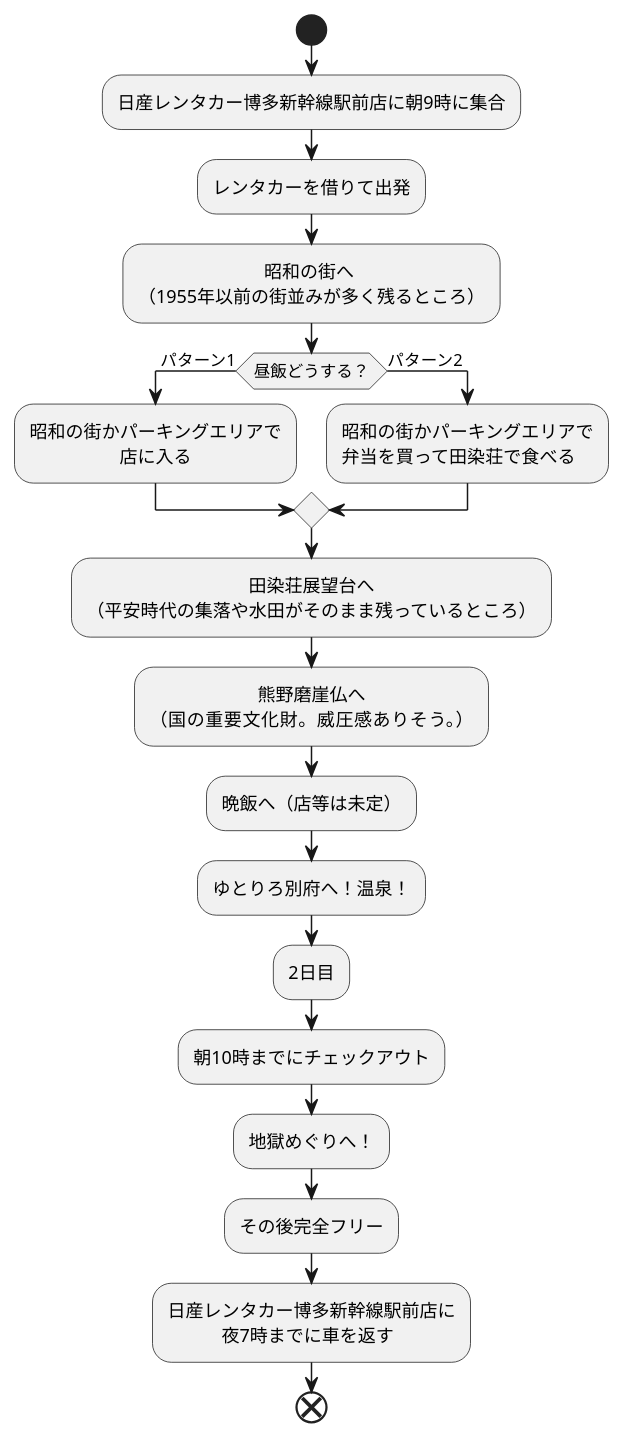
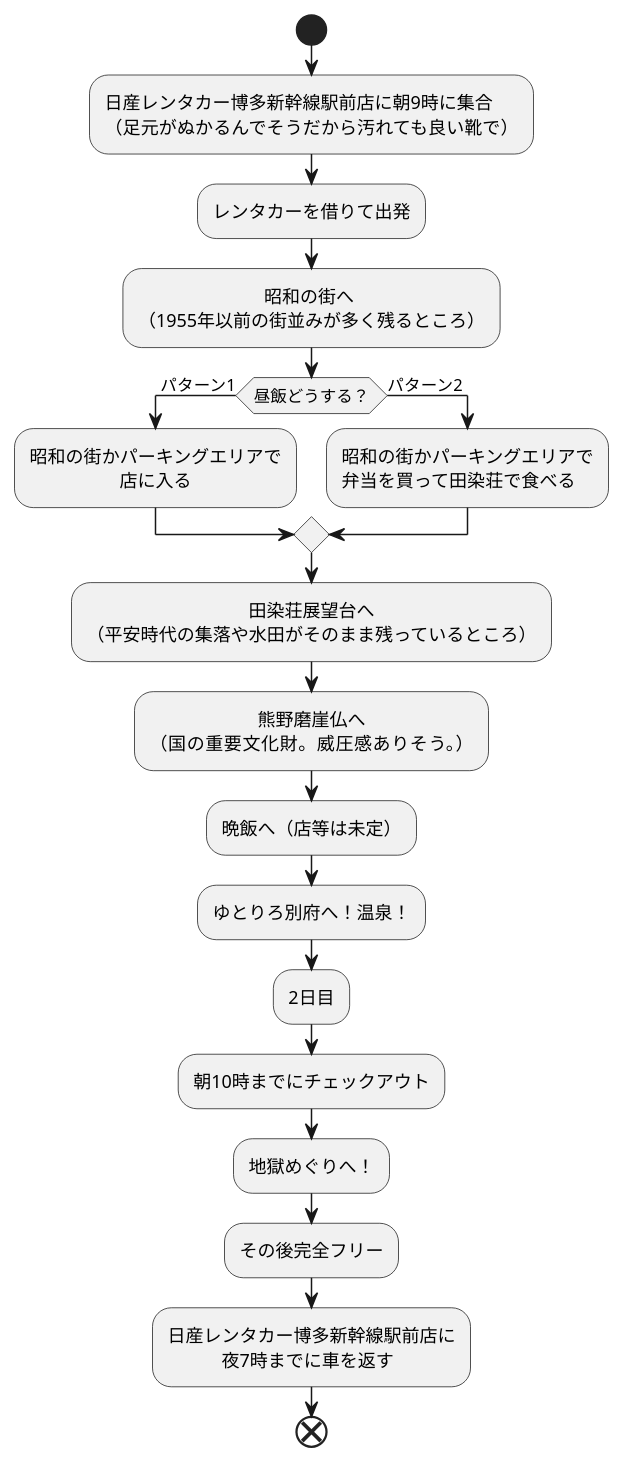
One commit to Aso2001369/2021sys-design changed the diagram in trip/trip.md. Above: the diagram before and after it, drawn with PlantUML.

````diff
--- a/trip/trip.md
+++ b/trip/trip.md
@@ -1,31 +1,32 @@
 ```uml
 @startuml
 start
 
-:日産レンタカー博多新幹線駅前店に朝9時に集合;
+:日産レンタカー博多新幹線駅前店に朝9時に集合
+（足元がぬかるんでそうだから汚れても良い靴で）;
 :レンタカーを借りて出発;
 :　　　　　　　昭和の街へ
 （1955年以前の街並みが多く残るところ）;
 if(昼飯どうする？)then(パターン1)
 :昭和の街かパーキングエリアで
 　　　　　店に入る;
 else(パターン2)
 :昭和の街かパーキングエリアで
 弁当を買って田染荘で食べる;
 endif
 :　　　　　　　　　田染荘展望台へ
 （平安時代の集落や水田がそのまま残っているところ）;
 :　　　　　　熊野磨崖仏へ
 （国の重要文化財。威圧感ありそう。）;
 :晩飯へ（店等は未定）;
 :ゆとりろ別府へ！温泉！;
 :2日目;
 :朝10時までにチェックアウト;
 :地獄めぐりへ！;
 :その後完全フリー;
 :日産レンタカー博多新幹線駅前店に
 　　　夜7時までに車を返す;
 
 end
 @enduml
 ```
````
